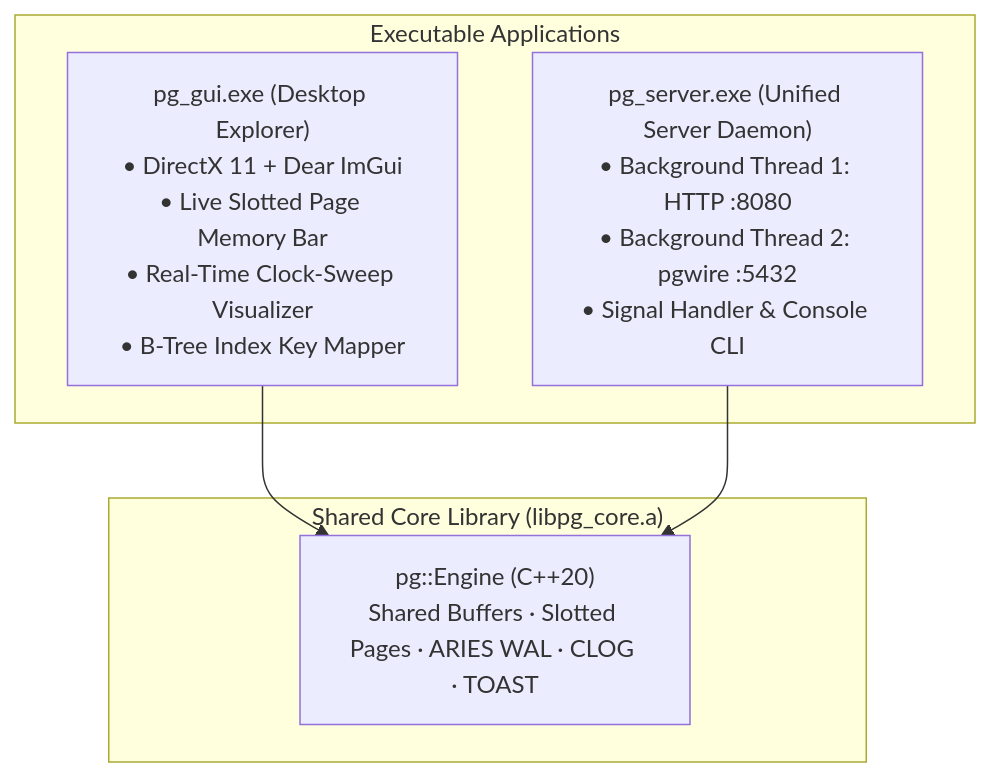
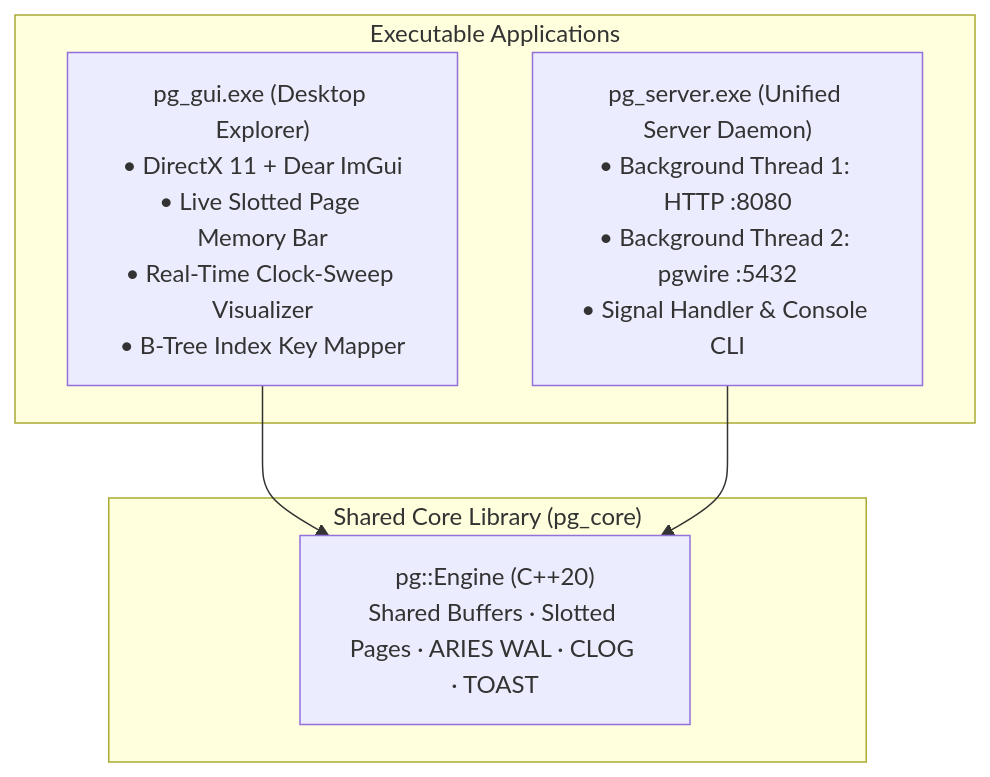
The first of 2 diagrams in notes/atlas/20-desktop-gui-and-unified-server.md (Nimastic/cpp-postgres), drawn with Mermaid before and after one commit. The commit also changed 11 other files, not shown here.

````diff
--- a/notes/atlas/20-desktop-gui-and-unified-server.md
+++ b/notes/atlas/20-desktop-gui-and-unified-server.md
@@ -14,14 +14,14 @@
 ```mermaid
 flowchart TD
     subgraph StandaloneApps["Executable Applications"]
         GUI["pg_gui.exe (Desktop Explorer)\n• DirectX 11 + Dear ImGui\n• Live Slotted Page Memory Bar\n• Real-Time Clock-Sweep Visualizer\n• B-Tree Index Key Mapper"]
         SRV["pg_server.exe (Unified Server Daemon)\n• Background Thread 1: HTTP :8080\n• Background Thread 2: pgwire :5432\n• Signal Handler & Console CLI"]
     end
 
-    subgraph CoreEngine["Shared Core Library (libpg_core.a)"]
+    subgraph CoreEngine["Shared Core Library (pg_core)"]
         ENG["pg::Engine (C++20)\nShared Buffers · Slotted Pages · ARIES WAL · CLOG · TOAST"]
     end
 
     GUI --> ENG
     SRV --> ENG
 ```
````
